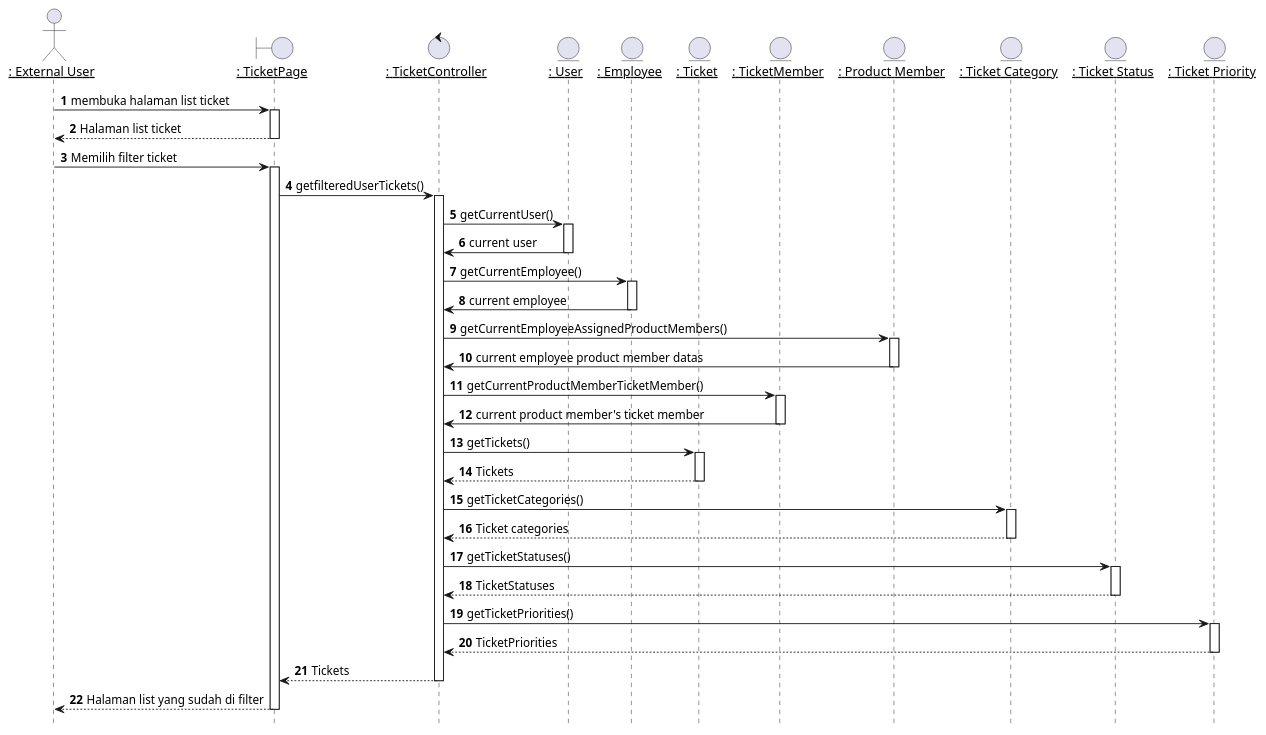
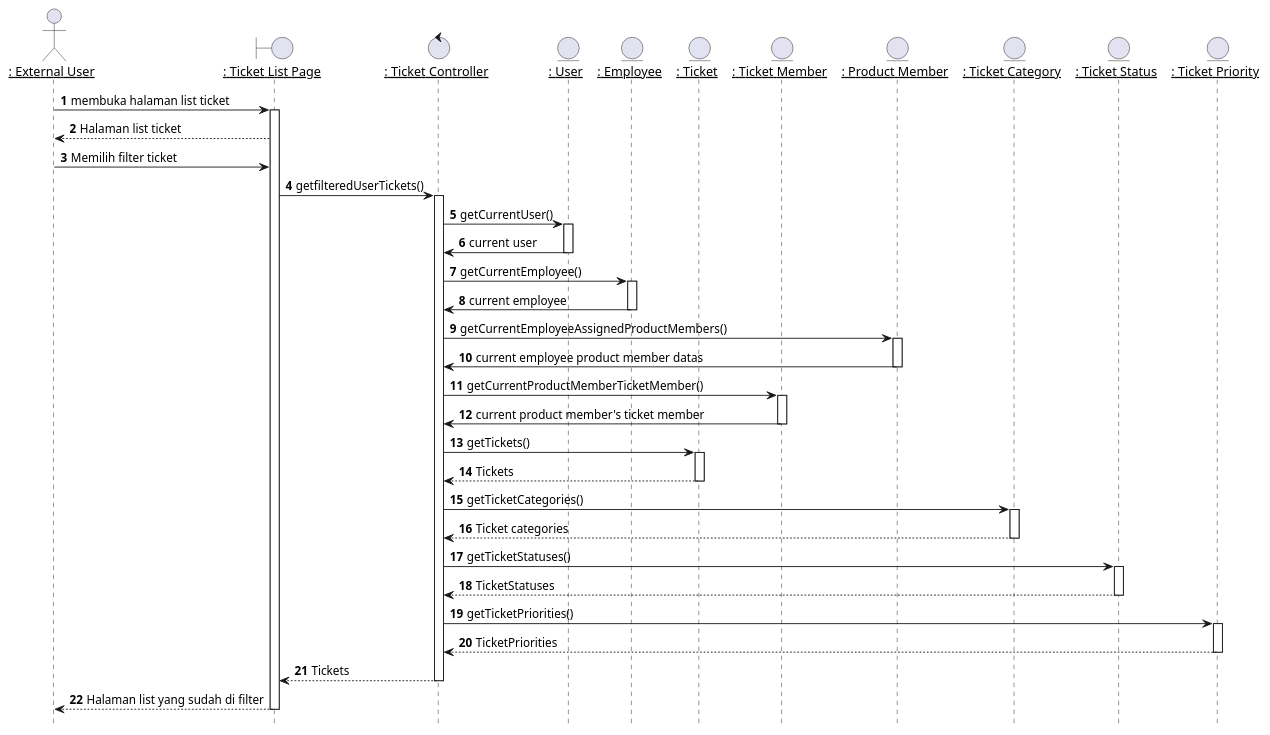
The diagram in plantuml/sequence/ex/ex2.puml (TAS-PKL/Laporan-PKL-Ticketing), drawn with PlantUML before and after one commit. The commit also changed 47 other files, not shown here.

```diff
--- a/plantuml/sequence/ex/ex2.puml
+++ b/plantuml/sequence/ex/ex2.puml
@@ -1,91 +1,89 @@
 @startuml Memfilter List Ticket
 
 hide footbox
 
 
 actor EU as "__: External User__"
-boundary TicketPage as "__: TicketPage__"
-control TicketController as "__: TicketController__"
+boundary TicketPage as "__: Ticket List Page__"
+control TicketController as "__: Ticket Controller__"
 entity Users as "__: User__"
 entity Employees as "__: Employee__"
 entity Ticket as "__: Ticket__"
-entity TicketMember as "__: TicketMember__"
+entity TicketMember as "__: Ticket Member__"
 entity ProductMembers as "__: Product Member__"
 ' entity ProductMemberRoles as "__: Product Member Roles__"
 entity TicketCategories as "__: Ticket Category__"
 entity TicketStatuses as "__: Ticket Status__"
 entity TicketPriorities as "__: Ticket Priority__"
 ' entityProductas "__: Products__"
 ' entity Companies as "__: Companies__"
 
 autonumber 1
 EU -> TicketPage: membuka halaman list ticket
 activate TicketPage
 
 TicketPage --> EU : Halaman list ticket
-deactivate TicketPage
 
 EU -> TicketPage: Memilih filter ticket
-activate TicketPage
 
 TicketPage -> TicketController: getfilteredUserTickets()
 activate TicketController
 
 TicketController -> Users: getCurrentUser()
 activate Users
 
 Users -> TicketController: current user
 deactivate Users
 
 TicketController -> Employees: getCurrentEmployee()
 activate Employees
 
 Employees -> TicketController: current employee
 deactivate Employees
 
 TicketController -> ProductMembers: getCurrentEmployeeAssignedProductMembers()
 activate ProductMembers
 
 ProductMembers -> TicketController: current employee product member datas
 deactivate ProductMembers
 
 TicketController -> TicketMember: getCurrentProductMemberTicketMember()
 activate TicketMember
 
 TicketMember -> TicketController: current product member's ticket member
 deactivate TicketMember
 
 TicketController -> Ticket: getTickets()
 activate Ticket
 
 Ticket --> TicketController : Tickets
 deactivate Ticket
 
 TicketController -> TicketCategories: getTicketCategories()
 activate TicketCategories
 
 TicketCategories --> TicketController : Ticket categories
 deactivate TicketCategories
 
 TicketController -> TicketStatuses: getTicketStatuses()
 activate TicketStatuses
 
 TicketStatuses --> TicketController : TicketStatuses
 deactivate TicketStatuses
 
 TicketController -> TicketPriorities: getTicketPriorities()
 activate TicketPriorities
 
 TicketPriorities --> TicketController : TicketPriorities
 deactivate TicketPriorities
 
 ' TicketController -> TicketController : resolveRelation()
 
 TicketController --> TicketPage : Tickets
 deactivate TicketController
 
 TicketPage --> EU : Halaman list yang sudah di filter
 deactivate TicketPage
 
 
 @enduml
```
